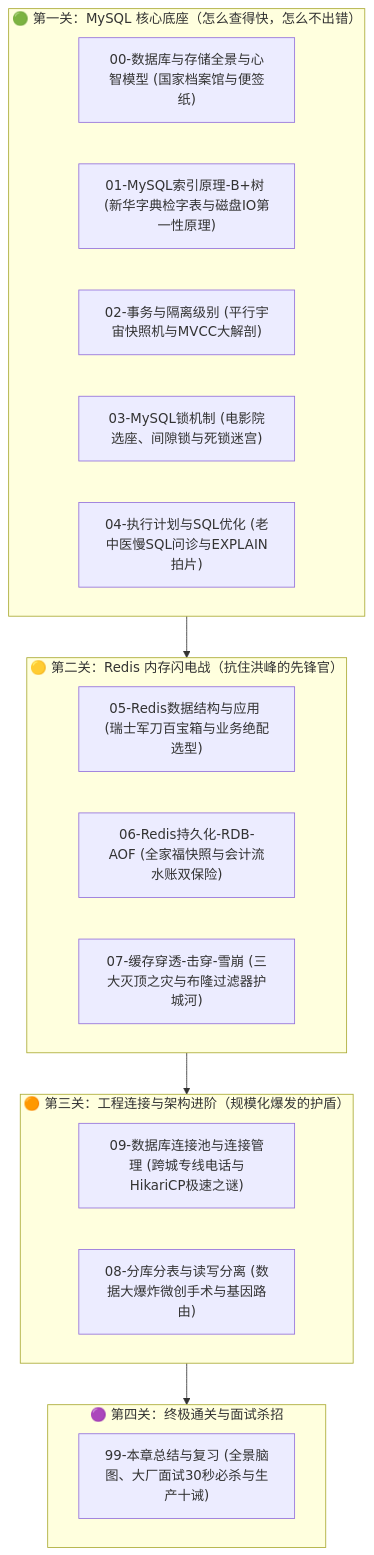
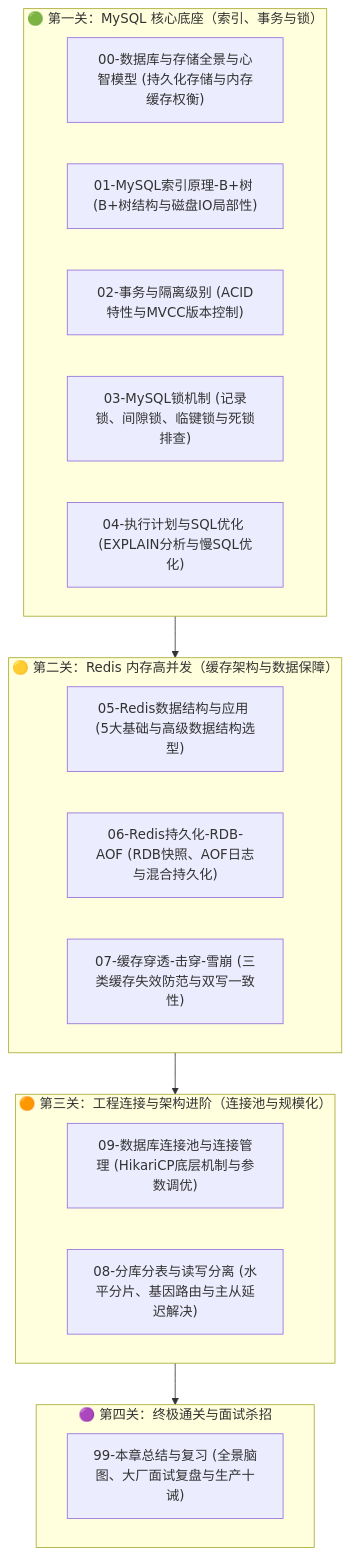
Before and after one commit to GuoWWWX/knowledge-base: the diagram in 20-Java后端/05-数据库与存储/_index.md, drawn with Mermaid. The commit also changed other lines of this file and 234 other files, not shown here.

````diff
--- a/20-Java后端/05-数据库与存储/_index.md
+++ b/20-Java后端/05-数据库与存储/_index.md
@@ -23,30 +23,30 @@
 ```mermaid
 flowchart TD
     classDef stage fill:#f6ffed,stroke:#b7eb8f,stroke-width:2px;
     classDef doc fill:#e6f7ff,stroke:#91d5ff,stroke-width:1px;
 
-    subgraph S1["🟢 第一关：MySQL 核心底座（怎么查得快，怎么不出错）"]
-        D00["00-数据库与存储全景与心智模型 (国家档案馆与便签纸)"]
-        D01["01-MySQL索引原理-B+树 (新华字典检字表与磁盘IO第一性原理)"]
-        D02["02-事务与隔离级别 (平行宇宙快照机与MVCC大解剖)"]
-        D03["03-MySQL锁机制 (电影院选座、间隙锁与死锁迷宫)"]
-        D04["04-执行计划与SQL优化 (老中医慢SQL问诊与EXPLAIN拍片)"]
+    subgraph S1["🟢 第一关：MySQL 核心底座（索引、事务与锁）"]
+        D00["00-数据库与存储全景与心智模型 (持久化存储与内存缓存权衡)"]
+        D01["01-MySQL索引原理-B+树 (B+树结构与磁盘IO局部性)"]
+        D02["02-事务与隔离级别 (ACID特性与MVCC版本控制)"]
+        D03["03-MySQL锁机制 (记录锁、间隙锁、临键锁与死锁排查)"]
+        D04["04-执行计划与SQL优化 (EXPLAIN分析与慢SQL优化)"]
     end
 
-    subgraph S2["🟡 第二关：Redis 内存闪电战（抗住洪峰的先锋官）"]
-        D05["05-Redis数据结构与应用 (瑞士军刀百宝箱与业务绝配选型)"]
-        D06["06-Redis持久化-RDB-AOF (全家福快照与会计流水账双保险)"]
-        D07["07-缓存穿透-击穿-雪崩 (三大灭顶之灾与布隆过滤器护城河)"]
+    subgraph S2["🟡 第二关：Redis 内存高并发（缓存架构与数据保障）"]
+        D05["05-Redis数据结构与应用 (5大基础与高级数据结构选型)"]
+        D06["06-Redis持久化-RDB-AOF (RDB快照、AOF日志与混合持久化)"]
+        D07["07-缓存穿透-击穿-雪崩 (三类缓存失效防范与双写一致性)"]
     end
 
-    subgraph S3["🟠 第三关：工程连接与架构进阶（规模化爆发的护盾）"]
-        D09["09-数据库连接池与连接管理 (跨城专线电话与HikariCP极速之谜)"]
-        D08["08-分库分表与读写分离 (数据大爆炸微创手术与基因路由)"]
+    subgraph S3["🟠 第三关：工程连接与架构进阶（连接池与规模化）"]
+        D09["09-数据库连接池与连接管理 (HikariCP底层机制与参数调优)"]
+        D08["08-分库分表与读写分离 (水平分片、基因路由与主从延迟解决)"]
     end
 
     subgraph S4["🟣 第四关：终极通关与面试杀招"]
-        D99["99-本章总结与复习 (全景脑图、大厂面试30秒必杀与生产十诫)"]
+        D99["99-本章总结与复习 (全景脑图、大厂面试复盘与生产十诫)"]
     end
 
     S1 --> S2 --> S3 --> S4
 ```
````
